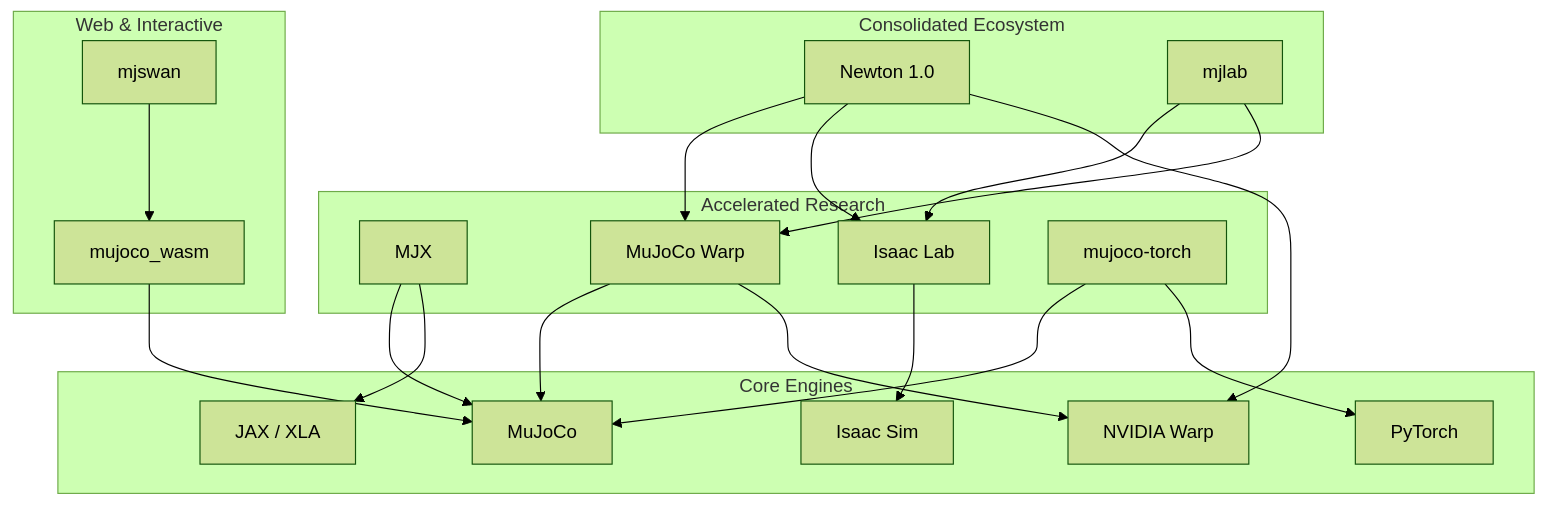
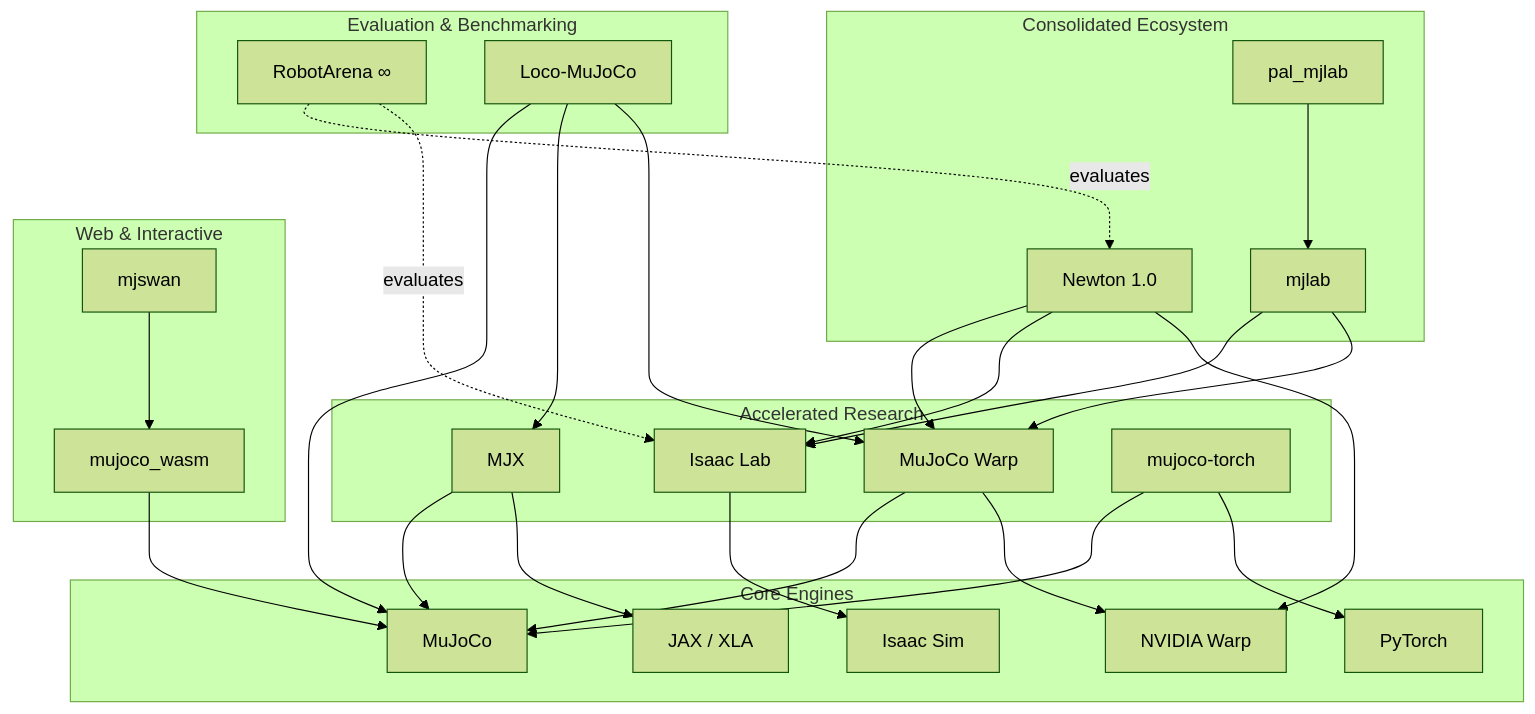
One commit to robomotic/sim-benchmarks changed the diagram in README.md. Above: the diagram before and after it, drawn with Mermaid (forest theme). The commit also changed other lines of this file, not shown here.

````diff
--- a/README.md
+++ b/README.md
@@ -67,43 +85,55 @@
 ```mermaid
 graph TD
     subgraph Core_Engines [Core Engines]
         MuJoCo[MuJoCo]
         IsaacSim[Isaac Sim]
         Warp[NVIDIA Warp]
         PyTorch[PyTorch]
         JAX[JAX / XLA]
     end
 
     subgraph Accelerated_Research [Accelerated Research]
         MJX[MJX] 
         MJWarp[MuJoCo Warp]
         IsaacLab[Isaac Lab]
         MJTorch[mujoco-torch]
     end
 
     subgraph Consolidated_Ecosystem [Consolidated Ecosystem]
         Newton[Newton 1.0]
         mjlab[mjlab]
+        pal_mjlab[pal_mjlab]
+    end
+
+    subgraph Evaluation_Frameworks [Evaluation & Benchmarking]
+        RobotArena[RobotArena ∞]
+        LocoMuJoCo[Loco-MuJoCo]
     end
 
     subgraph Web_Interactive [Web & Interactive]
         mjwasm[mujoco_wasm]
         mjswan[mjswan]
     end
 
     %% Dependencies
     MJX --> MuJoCo
     MJX --> JAX
     MJWarp --> MuJoCo
     MJWarp --> Warp
     MJTorch --> MuJoCo
     MJTorch --> PyTorch
     IsaacLab --> IsaacSim
     Newton --> MJWarp
     Newton --> IsaacLab
     Newton --> Warp
     mjlab --> IsaacLab
     mjlab --> MJWarp
+    pal_mjlab --> mjlab
     mjwasm --> MuJoCo
     mjswan --> mjwasm
+    RobotArena -. evaluates .-> Newton
+    RobotArena -. evaluates .-> IsaacLab
+    LocoMuJoCo --> MuJoCo
+    LocoMuJoCo --> MJX
+    LocoMuJoCo --> MJWarp
 ```
````
